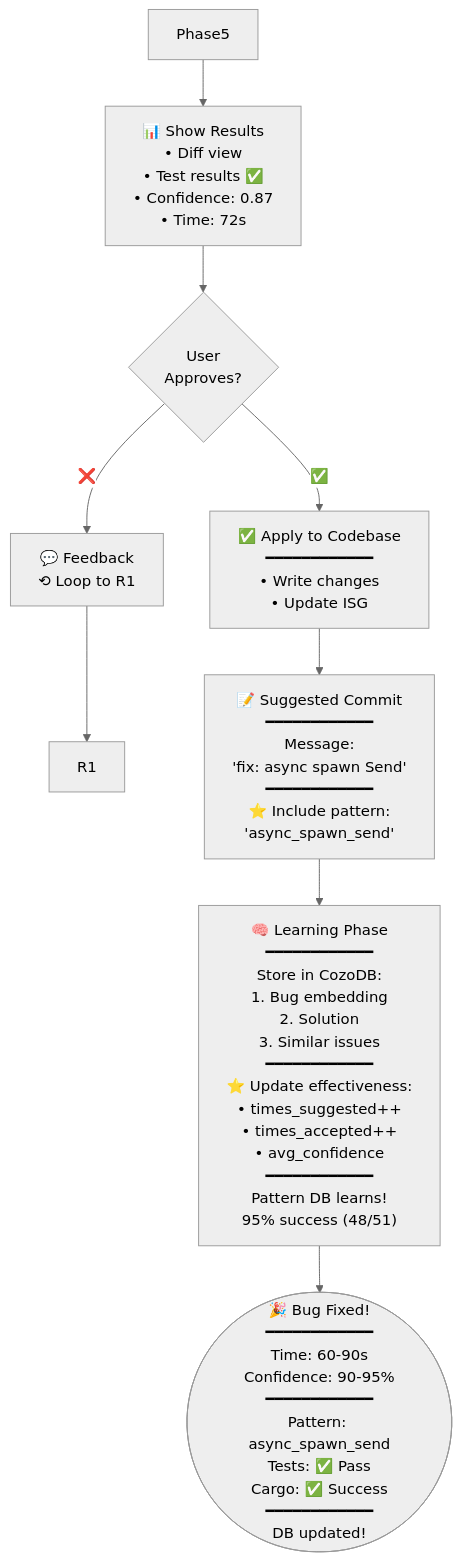
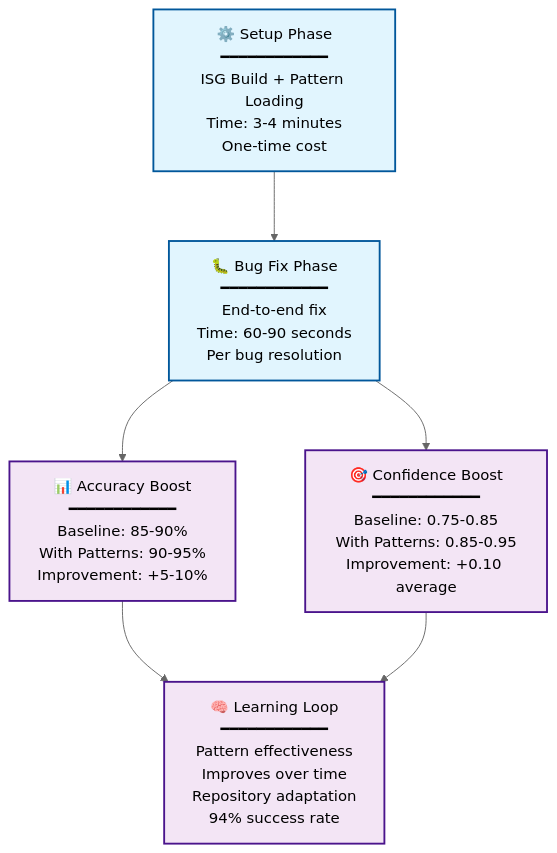
The fifth of 5 diagrams in Insp09_ActiveWorkspaces_StrategicInitiatives/Insp04_PRD202510/P21_ArchV01.md (that-in-rust/transfiguration), drawn with Mermaid (neutral theme) before and after one commit. The commit also changed other lines of this file and 1 other file, not shown here.

````diff
--- a/Insp09_ActiveWorkspaces_StrategicInitiatives/Insp04_PRD202510/P21_ArchV01.md
+++ b/Insp09_ActiveWorkspaces_StrategicInitiatives/Insp04_PRD202510/P21_ArchV01.md
@@ -260,17 +582,29 @@
 ```mermaid
+---
+config:
+  flowchart:
+    nodeSpacing: 75
+    rankSpacing: 75
+    curve: basis
+---
 flowchart TD
-    Phase5 --> ShowDiff["📊 Show Results<br/>• Diff view<br/>• Test results ✅<br/>• Confidence: 0.87<br/>• Time: 72s"]
+    %% Performance Metrics Overview
+    SetupPhase["⚙️ Setup Phase<br/>━━━━━━━━━━━━<br/>ISG Build + Pattern Loading<br/>Time: 3-4 minutes<br/>One-time cost"]
+    BugFixPhase["🐛 Bug Fix Phase<br/>━━━━━━━━━━━━<br/>End-to-end fix<br/>Time: 60-90 seconds<br/>Per bug resolution"]
+    AccuracyBoost["📊 Accuracy Boost<br/>━━━━━━━━━━━━<br/>Baseline: 85-90%<br/>With Patterns: 90-95%<br/>Improvement: +5-10%"]
+    ConfidenceImprovement["🎯 Confidence Boost<br/>━━━━━━━━━━━━<br/>Baseline: 0.75-0.85<br/>With Patterns: 0.85-0.95<br/>Improvement: +0.10 average"]
+    LearningCurve["🧠 Learning Loop<br/>━━━━━━━━━━━━<br/>Pattern effectiveness<br/>Improves over time<br/>Repository adaptation<br/>94% success rate"]
 
-    ShowDiff --> UserReview{"User<br/>Approves?"}
+    SetupPhase --> BugFixPhase
+    BugFixPhase --> AccuracyBoost
+    BugFixPhase --> ConfidenceImprovement
+    AccuracyBoost --> LearningCurve
+    ConfidenceImprovement --> LearningCurve
 
-    UserReview -->|❌| UserFeedback["💬 Feedback<br/>⟲ Loop to R1"]
-    UserFeedback --> R1
+    %% Styling
+    classDef phaseClass fill:#e1f5fe,stroke:#01579b,stroke-width:2px
+    classDef metricClass fill:#f3e5f5,stroke:#4a148c,stroke-width:2px
 
-    UserReview -->|✅| ApplyFinal["✅ Apply to Codebase<br/>━━━━━━━━━━━━<br/>• Write changes<br/>• Update ISG"]
-
-    ApplyFinal --> GitCommit["📝 Suggested Commit<br/>━━━━━━━━━━━━<br/>Message:<br/>'fix: async spawn Send'<br/>━━━━━━━━━━━━<br/>⭐ Include pattern:<br/>'async_spawn_send'"]
-
-    GitCommit --> LearnFromFix["🧠 Learning Phase<br/>━━━━━━━━━━━━<br/>Store in CozoDB:<br/>1. Bug embedding<br/>2. Solution<br/>3. Similar issues<br/>━━━━━━━━━━━━<br/>⭐ Update effectiveness:<br/>• times_suggested++<br/>• times_accepted++<br/>• avg_confidence<br/>━━━━━━━━━━━━<br/>Pattern DB learns!<br/>95% success (48/51)"]
-
-    LearnFromFix --> Complete(["🎉 Bug Fixed!<br/>━━━━━━━━━━━━<br/>Time: 60-90s<br/>Confidence: 90-95%<br/>━━━━━━━━━━━━<br/>Pattern: async_spawn_send<br/>Tests: ✅ Pass<br/>Cargo: ✅ Success<br/>━━━━━━━━━━━━<br/>DB updated!"])
+    class SetupPhase,BugFixPhase phaseClass
+    class AccuracyBoost,ConfidenceImprovement,LearningCurve metricClass
 ```
````
